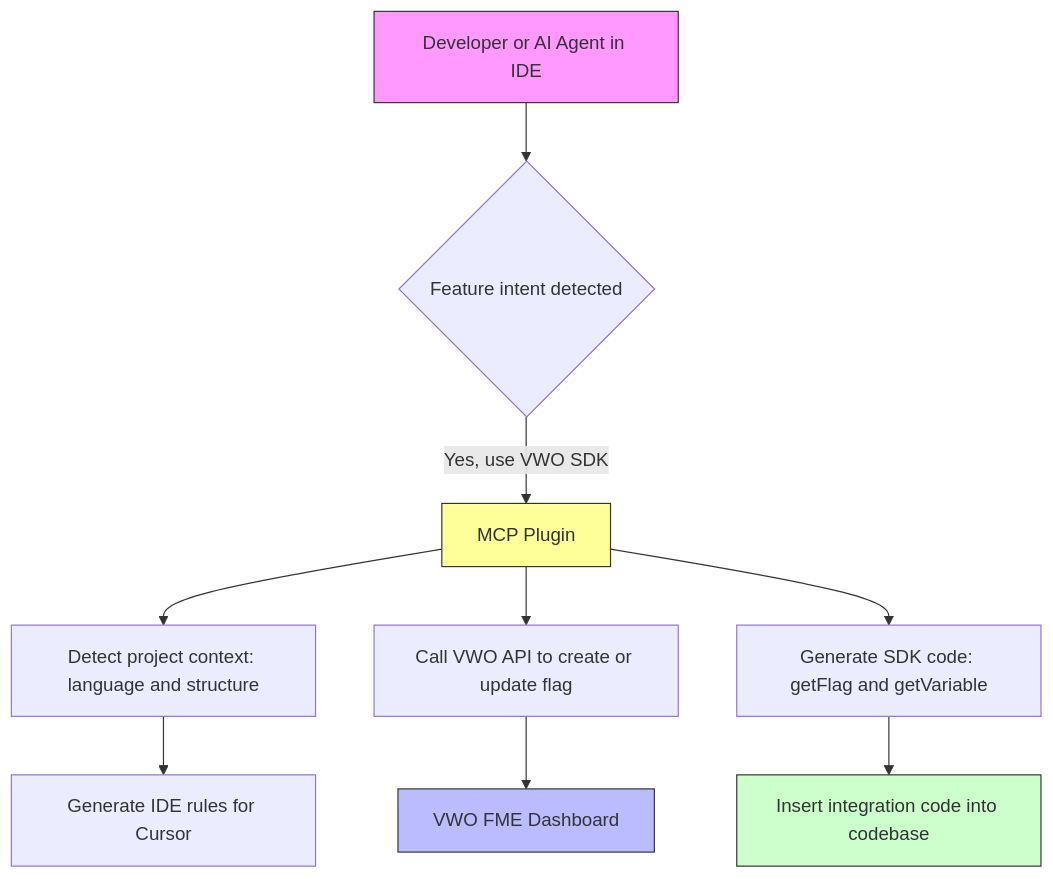
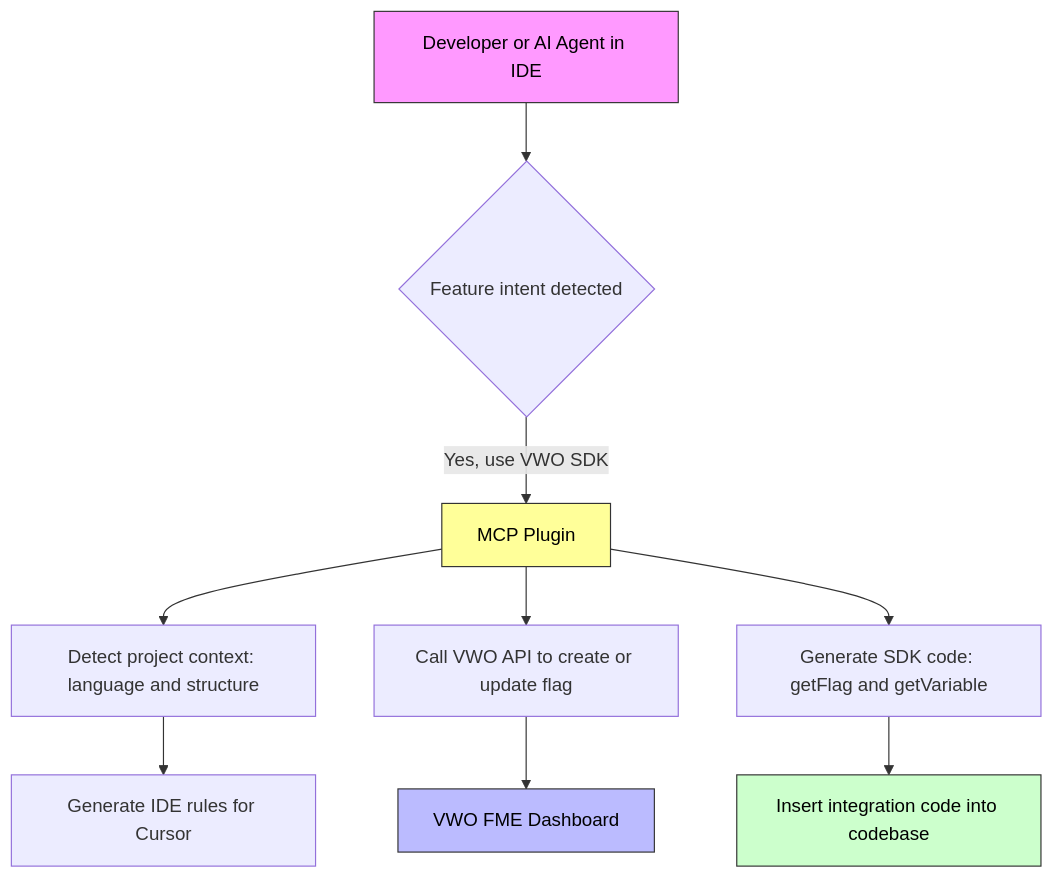
The diagram in docs/Integrations/fme-mcp-server.md (wingify/readme-central), drawn with Mermaid before and after one commit.

Commit message:
Update doc `fme-mcp-server`

````diff
--- a/docs/Integrations/fme-mcp-server.md
+++ b/docs/Integrations/fme-mcp-server.md
@@ -172,20 +172,27 @@
 ```mermaid
 graph TD
     A[Developer or AI Agent in IDE] --> B{Feature intent detected}
     B -->|Yes, use VWO SDK| C[MCP Plugin]
     
     C --> D[Detect project context: language and structure]
     D --> E[Generate IDE rules for Cursor]
 
     C --> F[Call VWO API to create or update flag]
     F --> G[VWO FME Dashboard]
 
     C --> H[Generate SDK code: getFlag and getVariable]
     H --> I[Insert integration code into codebase]
+    
+    %% Assign classes
+    class A agent
+    class C project
+    class G dashboard
+    class I code
 
-    style A fill:#f9f,stroke:#333,stroke-width:1px
-    style C fill:#ff9,stroke:#333,stroke-width:1px
-    style G fill:#bbf,stroke:#333,stroke-width:1px
-    style I fill:#cfc,stroke:#333,stroke-width:1px
+    %% Define styles
+    classDef agent fill:#f9f,stroke:#333,stroke-width:1px,color:#000
+    classDef project fill:#ff9,stroke:#333,stroke-width:1px,color:#000
+    classDef dashboard fill:#bbf,stroke:#333,stroke-width:1px,color:#000
+    classDef code fill:#cfc,stroke:#333,stroke-width:1px,color:#000
 
 ```
````
